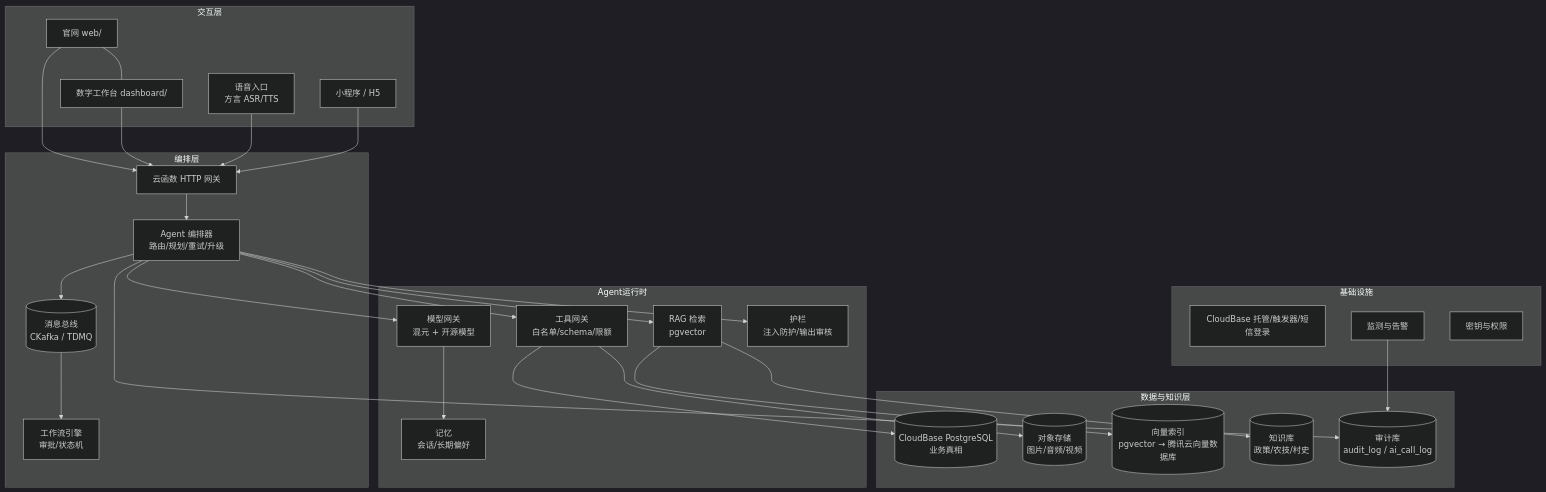
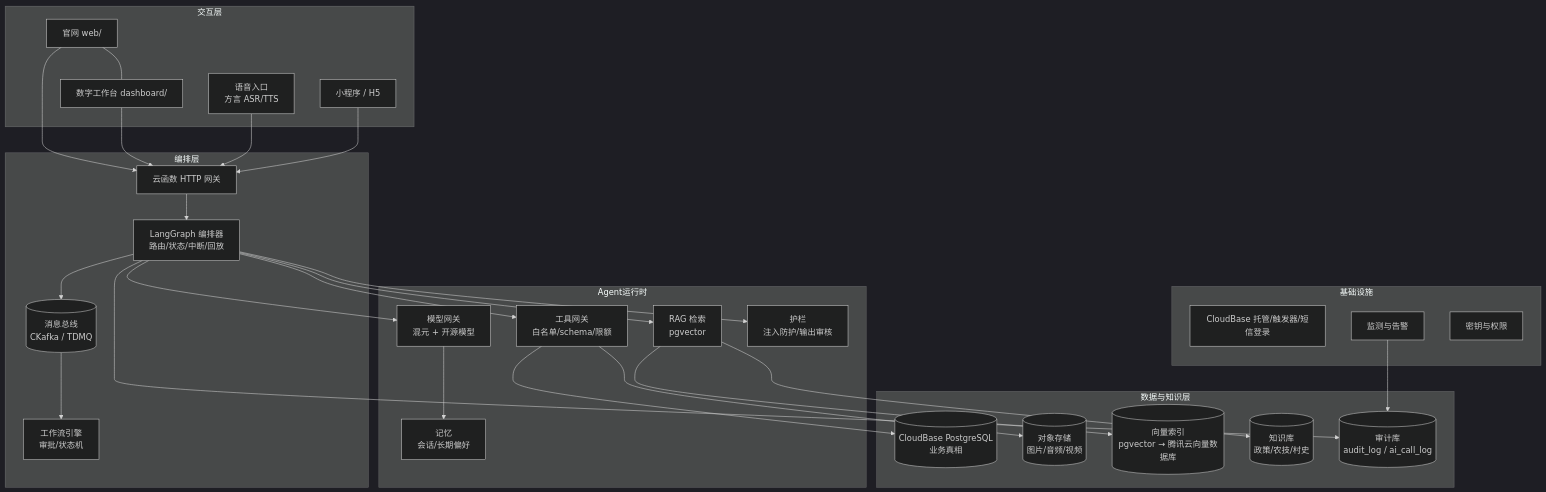
Before and after one commit to jackuboot/xinglonggou-village: the second of 3 diagrams in docs/blueprint/乡村智能系统蓝图-2026.md, drawn with Mermaid (dark theme). The commit also changed other lines of this file and 3 other files, not shown here.

Commit message:
docs(architecture): 采用 LangGraph 1.x 作为 Agent 编排运行时（ADR-007）

````diff
--- a/docs/blueprint/乡村智能系统蓝图-2026.md
+++ b/docs/blueprint/乡村智能系统蓝图-2026.md
@@ -249,51 +249,51 @@
 ```mermaid
 flowchart TB
   subgraph 交互层
     WEB[官网 web/] --- DASH[数字工作台 dashboard/]
     VOICE[语音入口\n方言 ASR/TTS]
     MINI[小程序 / H5]
   end
   subgraph 编排层
     API[云函数 HTTP 网关]
-    ORCH[Agent 编排器\n路由/规划/重试/升级]
+    ORCH[LangGraph 编排器\n路由/状态/中断/回放]
     WF[工作流引擎\n审批/状态机]
     BUS[(消息总线\nCKafka / TDMQ)]
   end
   subgraph Agent运行时
     GW[模型网关\n混元 + 开源模型]
     TOOL[工具网关\n白名单/schema/限额]
     RAG[RAG 检索\npgvector]
     GUARD[护栏\n注入防护/输出审核]
     MEM[记忆\n会话/长期偏好]
   end
   subgraph 数据与知识层
     PG[(CloudBase PostgreSQL\n业务真相)]
     OBJ[(对象存储\n图片/音频/视频)]
     VEC[(向量索引\npgvector → 腾讯云向量数据库)]
     KB[(知识库\n政策/农技/村史)]
     AUD[(审计库\naudit_log / ai_call_log)]
   end
   subgraph 基础设施
     CB[CloudBase 托管/触发器/短信登录]
     MON[监测与告警]
     SEC[密钥与权限]
   end
   WEB --> API
   DASH --> API
   VOICE --> API
   MINI --> API
   API --> ORCH
   ORCH --> GW
   ORCH --> TOOL
   ORCH --> RAG
   ORCH --> GUARD
   ORCH --> BUS
   BUS --> WF
   GW --> MEM
   RAG --> VEC
   RAG --> KB
   TOOL --> PG
   TOOL --> OBJ
   ORCH --> AUD
   MON --> AUD
 ```
````
